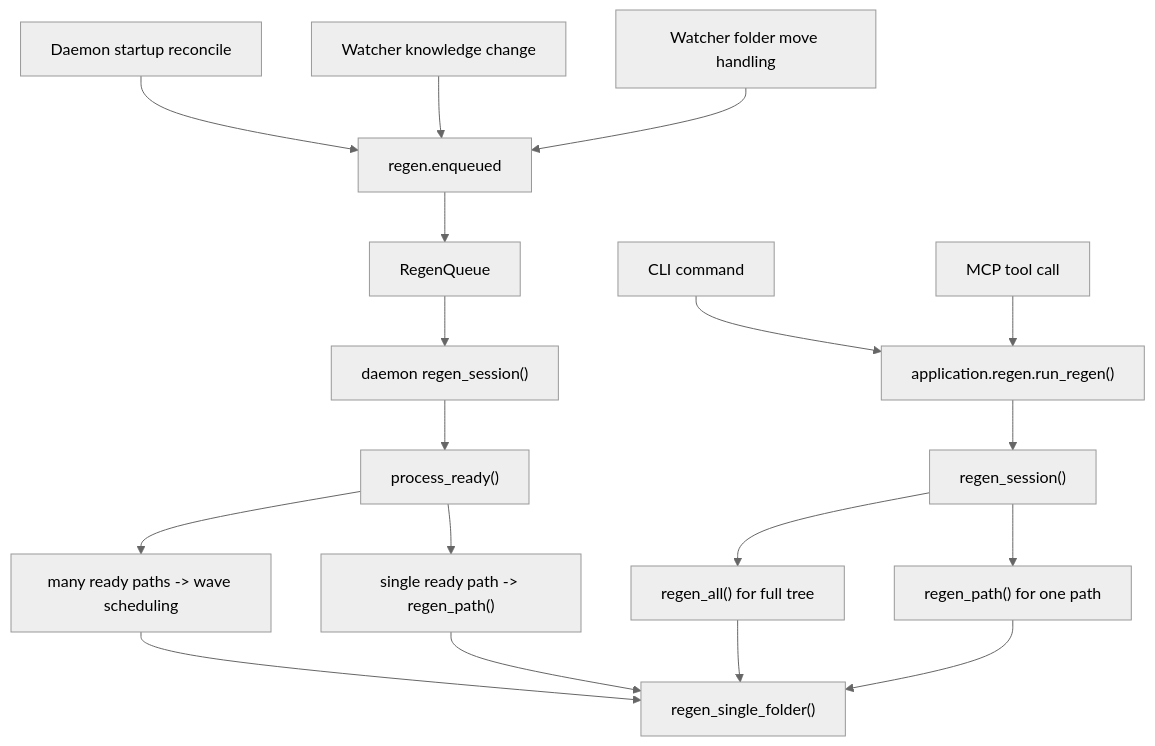
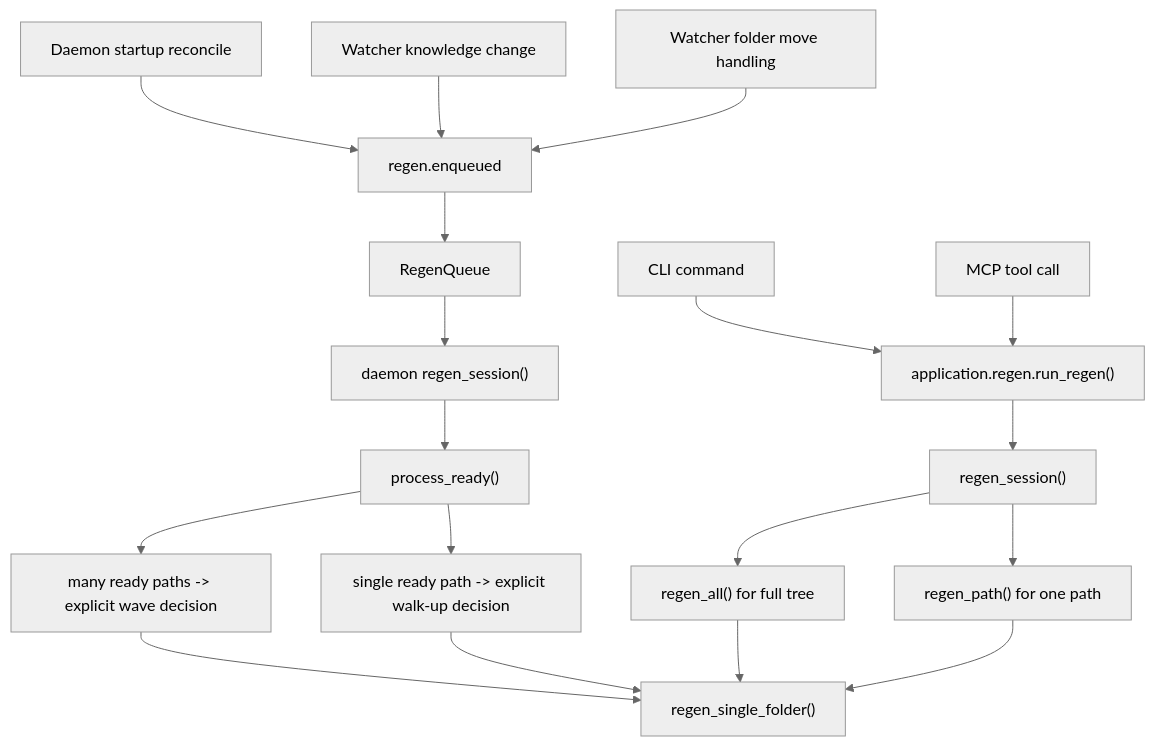
Before and after one commit to keithpatton/brain-sync: the first of 3 diagrams in docs/regen/README.md, drawn with Mermaid (neutral theme). The commit also changed other lines of this file and 18 other files, not shown here.

````diff
--- a/docs/regen/README.md
+++ b/docs/regen/README.md
@@ -99,21 +99,21 @@
 ```mermaid
 flowchart TD
     CLI["CLI command"] --> APP["application.regen.run_regen()"]
     MCP["MCP tool call"] --> APP
     APP --> SESSION["regen_session()"]
     SESSION --> SINGLE["regen_path() for one path"]
     SESSION --> FULL["regen_all() for full tree"]
 
     RECON["Daemon startup reconcile"] --> ENQUEUE["regen.enqueued"]
     WATCH["Watcher knowledge change"] --> ENQUEUE
     MOVE["Watcher folder move handling"] --> ENQUEUE
     ENQUEUE --> QUEUE["RegenQueue"]
     QUEUE --> SESSION2["daemon regen_session()"]
     SESSION2 --> READY["process_ready()"]
-    READY --> ONE["single ready path -> regen_path()"]
-    READY --> MANY["many ready paths -> wave scheduling"]
+    READY --> ONE["single ready path -> explicit walk-up decision"]
+    READY --> MANY["many ready paths -> explicit wave decision"]
     MANY --> FOLDER["regen_single_folder()"]
     ONE --> FOLDER
     FULL --> FOLDER
     SINGLE --> FOLDER
 ```
````
